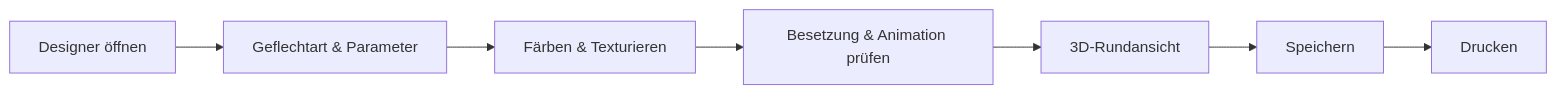
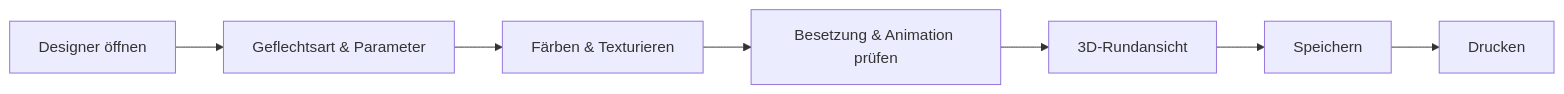
Before and after one commit to Herzog-GmbH/HerzogCAB-Docs: the diagram in docs/tasks/design-from-scratch.md, drawn with Mermaid. The commit also changed other lines of this file and 37 other files, not shown here.

````diff
--- a/docs/tasks/design-from-scratch.md
+++ b/docs/tasks/design-from-scratch.md
@@ -11,9 +11,9 @@
 ```mermaid
 flowchart LR
-  A["Designer öffnen"] --> B["Geflechtart & Parameter"]
+  A["Designer öffnen"] --> B["Geflechtsart & Parameter"]
   B --> C["Färben & Texturieren"]
   C --> D["Besetzung & Animation prüfen"]
   D --> E["3D-Rundansicht"]
   E --> F["Speichern"]
   F --> G["Drucken"]
 ```
````
